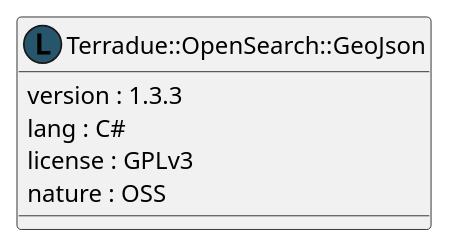
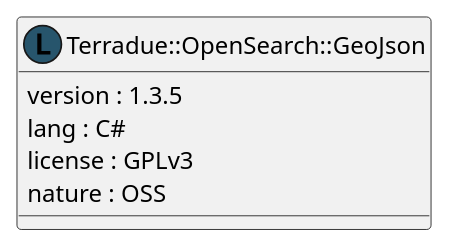
Before and after one commit to urban-tep/DDF-SDD: the diagram in source/namespaces/namespace_terradue_1_1_open_search_1_1_geo_json.iuml, drawn with PlantUML. The commit also changed 34 other files, not shown here.

```diff
--- a/source/namespaces/namespace_terradue_1_1_open_search_1_1_geo_json.iuml
+++ b/source/namespaces/namespace_terradue_1_1_open_search_1_1_geo_json.iuml
@@ -1,8 +1,8 @@
 @startuml
   class "Terradue::OpenSearch::GeoJson" as namespace_terradue_1_1_open_search_1_1_geo_json << (L, #27556C) >> [[../namespaces/namespace_terradue_1_1_open_search_1_1_geo_json.html]] {
-     version : 1.3.3 
+     version : 1.3.5 
      lang : C#
      license : GPLv3
      nature : OSS
   }
 @enduml
```
